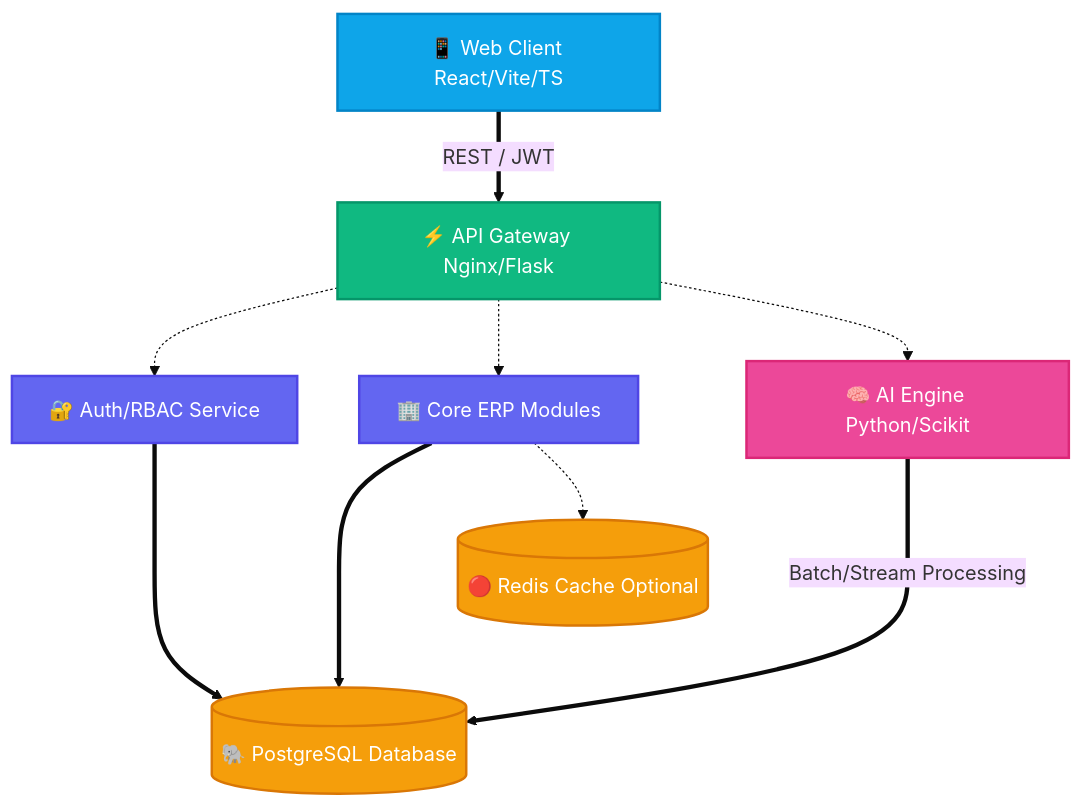
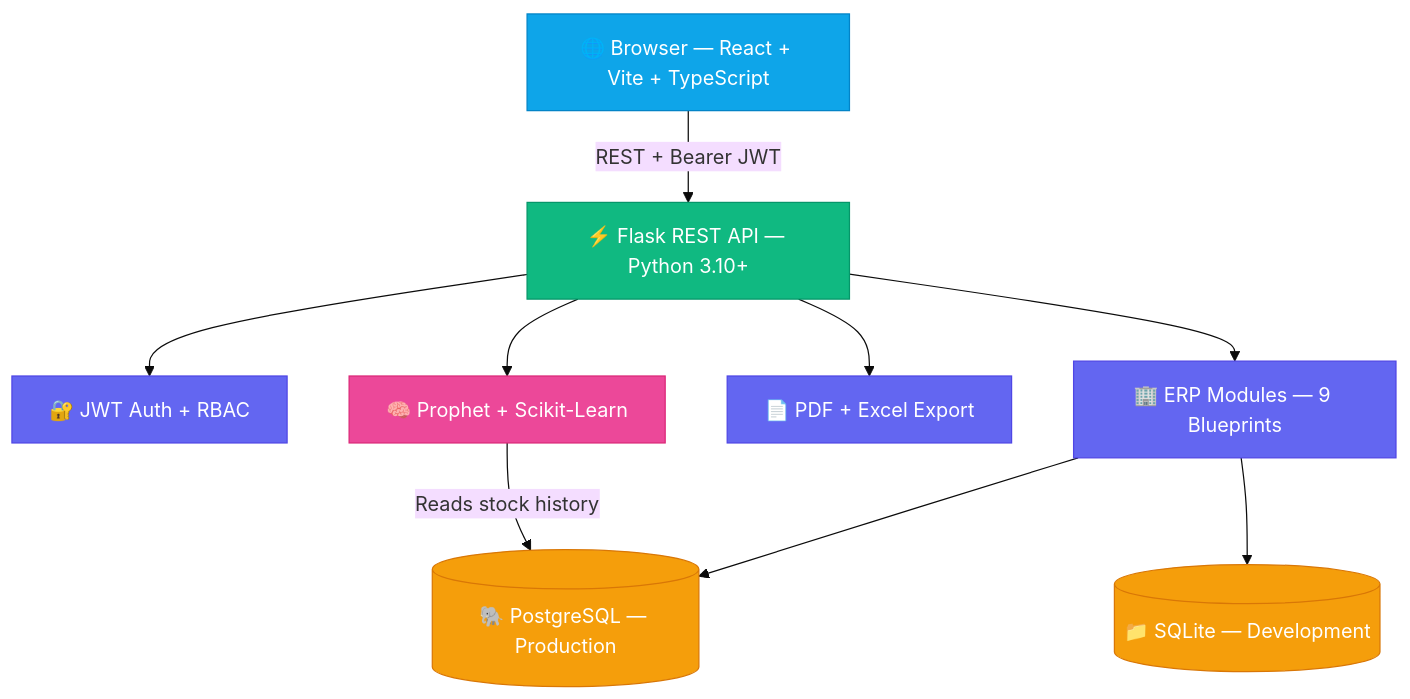
Before and after one commit to adrajameet7805/AI-Powered-ERP-System: the diagram in README.md, drawn with Mermaid (base theme). The commit also changed other lines of this file and 42 other files, not shown here.

Commit message:
feat: update ERP modules, dashboard, reports, forecasting and authentication

````diff
--- a/README.md
+++ b/README.md
@@ -102,33 +83,28 @@
 ```mermaid
 graph TD
-    %% Define Styles
-    classDef client fill:#0ea5e9,stroke:#0284c7,stroke-width:2px,color:#fff;
-    classDef gateway fill:#10b981,stroke:#059669,stroke-width:2px,color:#fff;
-    classDef service fill:#6366f1,stroke:#4f46e5,stroke-width:2px,color:#fff;
-    classDef database fill:#f59e0b,stroke:#d97706,stroke-width:2px,color:#fff;
-    classDef ai fill:#ec4899,stroke:#db2777,stroke-width:2px,color:#fff;
+    classDef client fill:#0ea5e9,stroke:#0284c7,color:#fff
+    classDef api fill:#10b981,stroke:#059669,color:#fff
+    classDef service fill:#6366f1,stroke:#4f46e5,color:#fff
+    classDef db fill:#f59e0b,stroke:#d97706,color:#fff
+    classDef ai fill:#ec4899,stroke:#db2777,color:#fff
 
-    %% Nodes
-    Client[📱 Web Client React/Vite/TS]:::client
-    Gateway[⚡ API Gateway Nginx/Flask]:::gateway
-    
-    Auth[🔐 Auth/RBAC Service]:::service
-    Core[🏢 Core ERP Modules]:::service
-    DataScience[🧠 AI Engine Python/Scikit]:::ai
-    
-    Postgres[(🐘 PostgreSQL Database)]:::database
-    Redis[(🔴 Redis Cache Optional)]:::database
+    Browser[🌐 Browser — React + Vite + TypeScript]:::client
+    Flask[⚡ Flask REST API — Python 3.10+]:::api
 
-    %% Connections
-    Client ==REST / JWT==> Gateway
-    
-    Gateway -.-> Auth
-    Gateway -.-> Core
-    Gateway -.-> DataScience
-    
-    Auth ===> Postgres
-    Core ===> Postgres
-    Core -.-> Redis
-    
-    DataScience ===>|Batch/Stream Processing| Postgres
+    Auth[🔐 JWT Auth + RBAC]:::service
+    CRUD[🏢 ERP Modules — 9 Blueprints]:::service
+    Export[📄 PDF + Excel Export]:::service
+    AI[🧠 Prophet + Scikit-Learn]:::ai
+
+    DB[(🐘 PostgreSQL — Production)]:::db
+    SQLite[(📁 SQLite — Development)]:::db
+
+    Browser -->|REST + Bearer JWT| Flask
+    Flask --> Auth
+    Flask --> CRUD
+    Flask --> Export
+    Flask --> AI
+    CRUD --> DB
+    CRUD --> SQLite
+    AI -->|Reads stock history| DB
 ```
````
